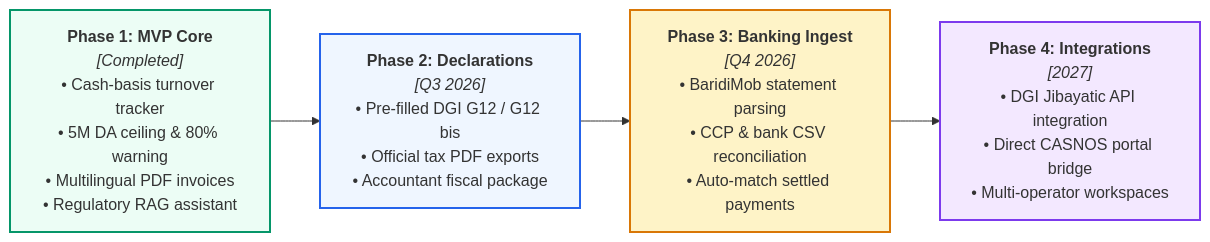
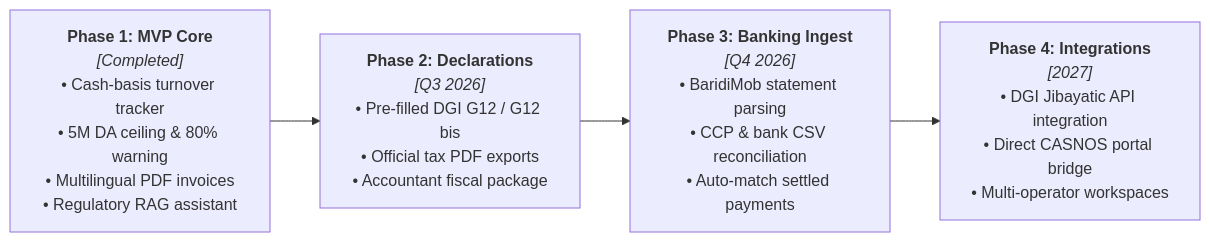
The seventh of 7 diagrams in README.md (AYA-BACHA/MoukawilOS), drawn with Mermaid before and after one commit. The commit also changed other lines of this file, not shown here.

Commit message:
docs: remove custom Mermaid color overrides to restore native GitHub dark/light mode contrast

````diff
--- a/README.md
+++ b/README.md
@@ -652,17 +626,12 @@
 ```mermaid
 flowchart LR
     P1["<strong>Phase 1: MVP Core</strong><br/><em>[Completed]</em><br/>• Cash-basis turnover tracker<br/>• 5M DA ceiling & 80% warning<br/>• Multilingual PDF invoices<br/>• Regulatory RAG assistant"]
     
     P2["<strong>Phase 2: Declarations</strong><br/><em>[Q3 2026]</em><br/>• Pre-filled DGI G12 / G12 bis<br/>• Official tax PDF exports<br/>• Accountant fiscal package"]
     
     P3["<strong>Phase 3: Banking Ingest</strong><br/><em>[Q4 2026]</em><br/>• BaridiMob statement parsing<br/>• CCP & bank CSV reconciliation<br/>• Auto-match settled payments"]
     
     P4["<strong>Phase 4: Integrations</strong><br/><em>[2027]</em><br/>• DGI Jibayatic API integration<br/>• Direct CASNOS portal bridge<br/>• Multi-operator workspaces"]
 
     P1 --> P2 --> P3 --> P4
-
-    style P1 fill:#ecfdf5,stroke:#059669,stroke-width:2px;
-    style P2 fill:#eff6ff,stroke:#2563eb,stroke-width:2px;
-    style P3 fill:#fef3c7,stroke:#d97706,stroke-width:2px;
-    style P4 fill:#f3e8ff,stroke:#7c3aed,stroke-width:2px;
 ```
````
